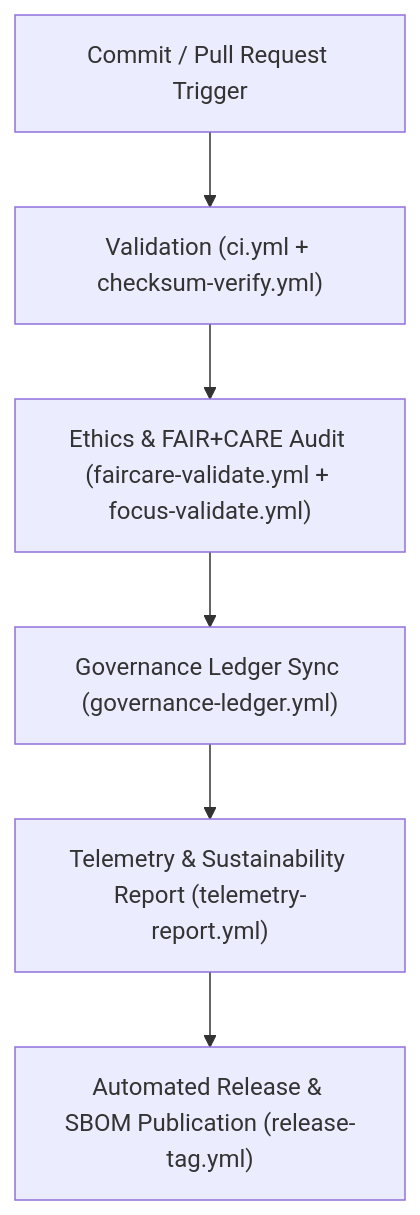
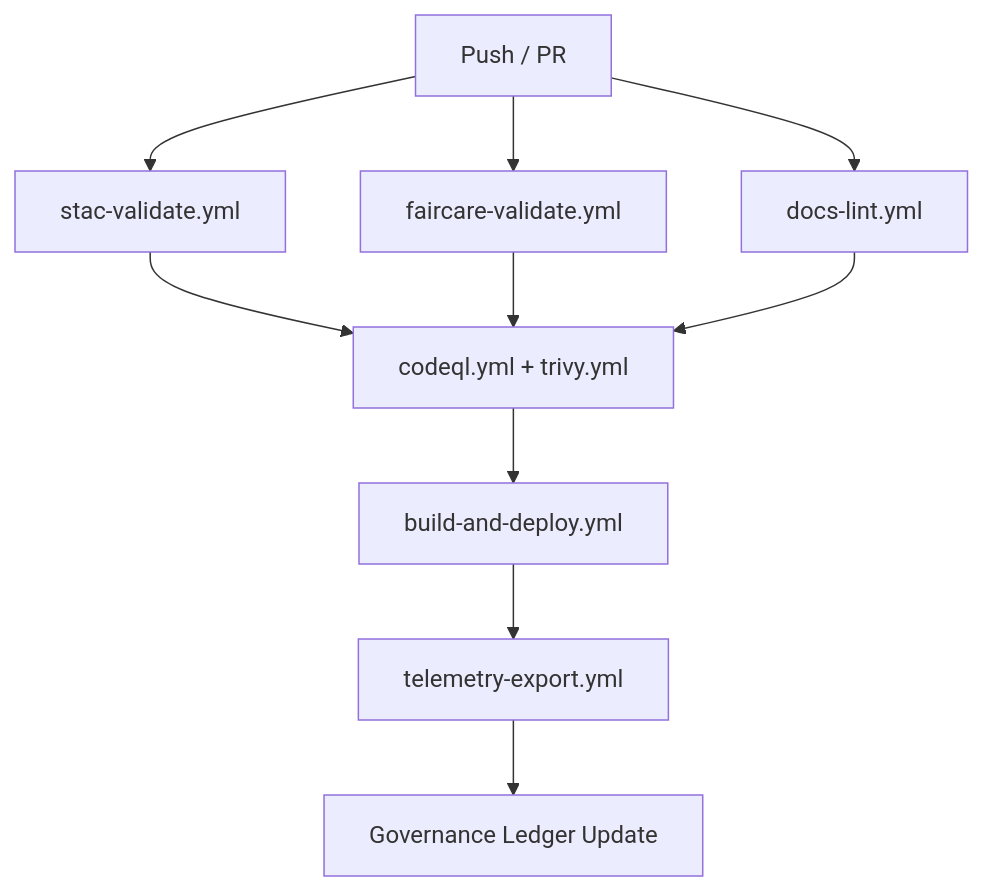
One commit to bartytime4life/Kansas-Frontier-Matrix changed the diagram in .github/workflows/README.md. Above: the diagram before and after it, drawn with Mermaid. The commit also changed other lines of this file, not shown here.

````diff
--- a/.github/workflows/README.md
+++ b/.github/workflows/README.md
@@ -69,8 +184,10 @@
 ```mermaid
 flowchart TD
-    A["Commit / Pull Request Trigger"] --> B["Validation (ci.yml + checksum-verify.yml)"]
-    B --> C["Ethics & FAIR+CARE Audit (faircare-validate.yml + focus-validate.yml)"]
-    C --> D["Governance Ledger Sync (governance-ledger.yml)"]
-    D --> E["Telemetry & Sustainability Report (telemetry-report.yml)"]
-    E --> F["Automated Release & SBOM Publication (release-tag.yml)"]
+A["Push / PR"] --> B["stac-validate.yml"]
+A --> C["faircare-validate.yml"]
+A --> D["docs-lint.yml"]
+B & C & D --> E["codeql.yml + trivy.yml"]
+E --> F["build-and-deploy.yml"]
+F --> G["telemetry-export.yml"]
+G --> H["Governance Ledger Update"]
 ```
````
